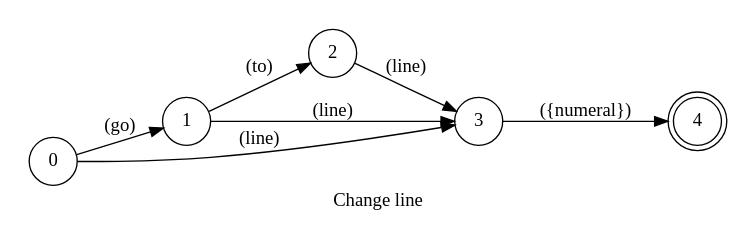
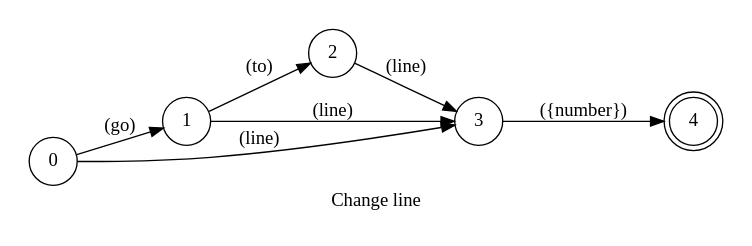
One commit to pedrooaugusto/speech-to-code changed the diagram in spoken/src/modules/typescript/go_to_line/phrase_en-US.dot. Above: the diagram before and after it, drawn with Graphviz. The commit also changed 35 other files, not shown here.

```diff
--- a/spoken/src/modules/typescript/go_to_line/phrase_en-US.dot
+++ b/spoken/src/modules/typescript/go_to_line/phrase_en-US.dot
@@ -1,18 +1,18 @@
 digraph GoToLine {
-    id="GoToLine";
+    id="go_to_line";
     label="Change line";
     lang="en-US";
     langName="English";
     pad="0.2";
     rankdir=LR;
     node[shape=doublecircle]; 4;
     node[shape=circle];
 
     0 -> 1 [label="(go)"];
     1 -> 2 [label="(to)"];
     {2 1 0} -> 3 [label="(line)"];
-    3 -> 4 [label="({numeral})", store=line];
+    3 -> 4 [label="({number})", store=line];
 
     title="Change line";
     desc="Moves the cursor to a different line";
 }
```
